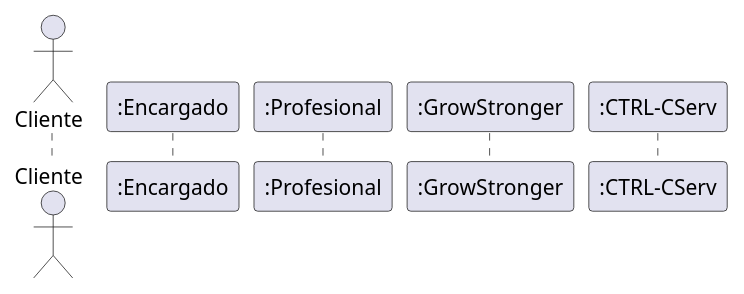
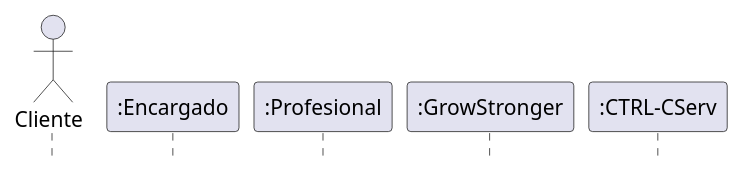
The second of 2 diagrams in Modelo Final/Resolucion de Z0SO.md (Z0SO/UML-Practice), drawn with PlantUML before and after one commit. The commit also changed 1 other file, not shown here.

Commit message:
Z0SO bkp -> 2024-06-30 19:05:46

````diff
--- a/Modelo Final/Resolucion de Z0SO.md
+++ b/Modelo Final/Resolucion de Z0SO.md
@@ -81,20 +81,25 @@
 ```plantuml
 
 @startuml
+' escondiendo el footbox
+hide footbox
 
 actor "Cliente" as cliente
 
 
 participant ":Encargado" as enc
 participant ":Profesional" as prof
 
 participant ":GrowStronger" as GS
 
 
 
 participant ":CTRL-CServ" as ctrlC
 
 
+
+
+
 @enduml
 
 ```
````
